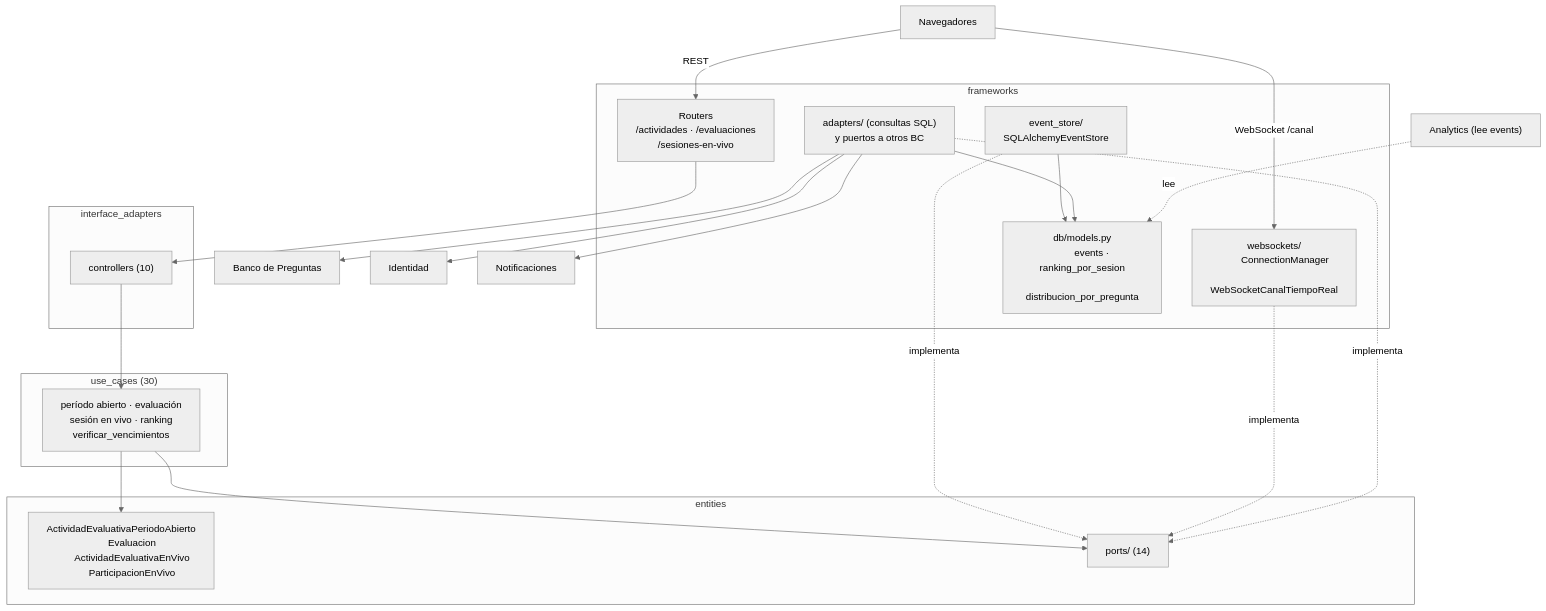
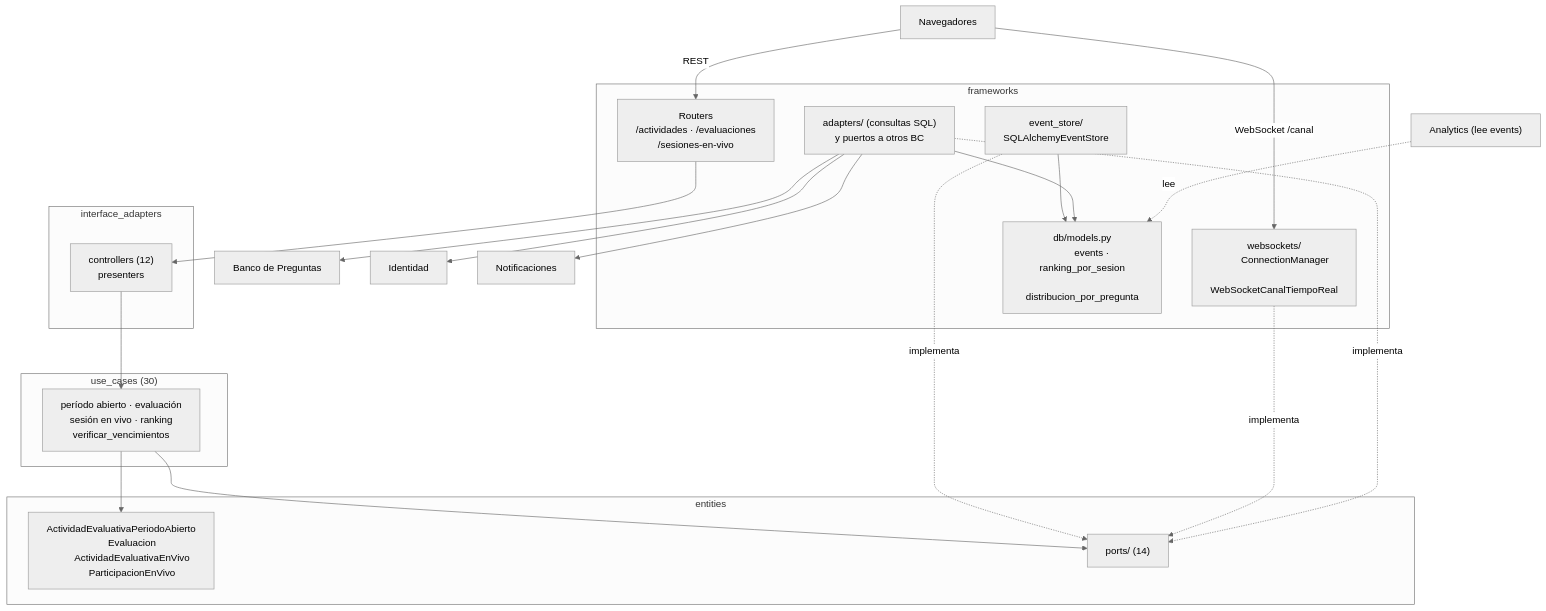
Before and after one commit to vvalotto/cognion: the diagram in docs/architecture/12-componentes-actividad-evaluativa.md, drawn with Mermaid (neutral theme). The commit also changed other lines of this file and 45 other files, not shown here.

````diff
--- a/docs/architecture/12-componentes-actividad-evaluativa.md
+++ b/docs/architecture/12-componentes-actividad-evaluativa.md
@@ -21,51 +21,52 @@
 ```mermaid
 flowchart TB
     subgraph fw["frameworks"]
         r["Routers
         /actividades · /evaluaciones
         /sesiones-en-vivo"]
         ws["websockets/
         ConnectionManager
         WebSocketCanalTiempoReal"]
         es["event_store/
         SQLAlchemyEventStore"]
         qr["adapters/ (consultas SQL)
         y puertos a otros BC"]
         db["db/models.py
         events · ranking_por_sesion
         distribucion_por_pregunta"]
     end
     subgraph ia["interface_adapters"]
-        ctl["controllers (10)"]
+        ctl["controllers (12)
+        presenters"]
     end
     subgraph uc["use_cases (30)"]
         u["período abierto · evaluación
         sesión en vivo · ranking
         verificar_vencimientos"]
     end
     subgraph en["entities"]
         e["ActividadEvaluativaPeriodoAbierto
         Evaluacion
         ActividadEvaluativaEnVivo
         ParticipacionEnVivo"]
         p["ports/ (14)"]
     end
     banco["Banco de Preguntas"]
     idn["Identidad"]
     notif["Notificaciones"]
     an["Analytics (lee events)"]
 
     r --> ctl --> u --> p
     u --> e
     es -. implementa .-> p
     ws -. implementa .-> p
     qr -. implementa .-> p
     es --> db
     qr --> db
     qr --> banco
     qr --> idn
     qr --> notif
     an -. lee .-> db
     cliente["Navegadores"] -->|"WebSocket /canal"| ws
     cliente -->|"REST"| r
 ```
````
